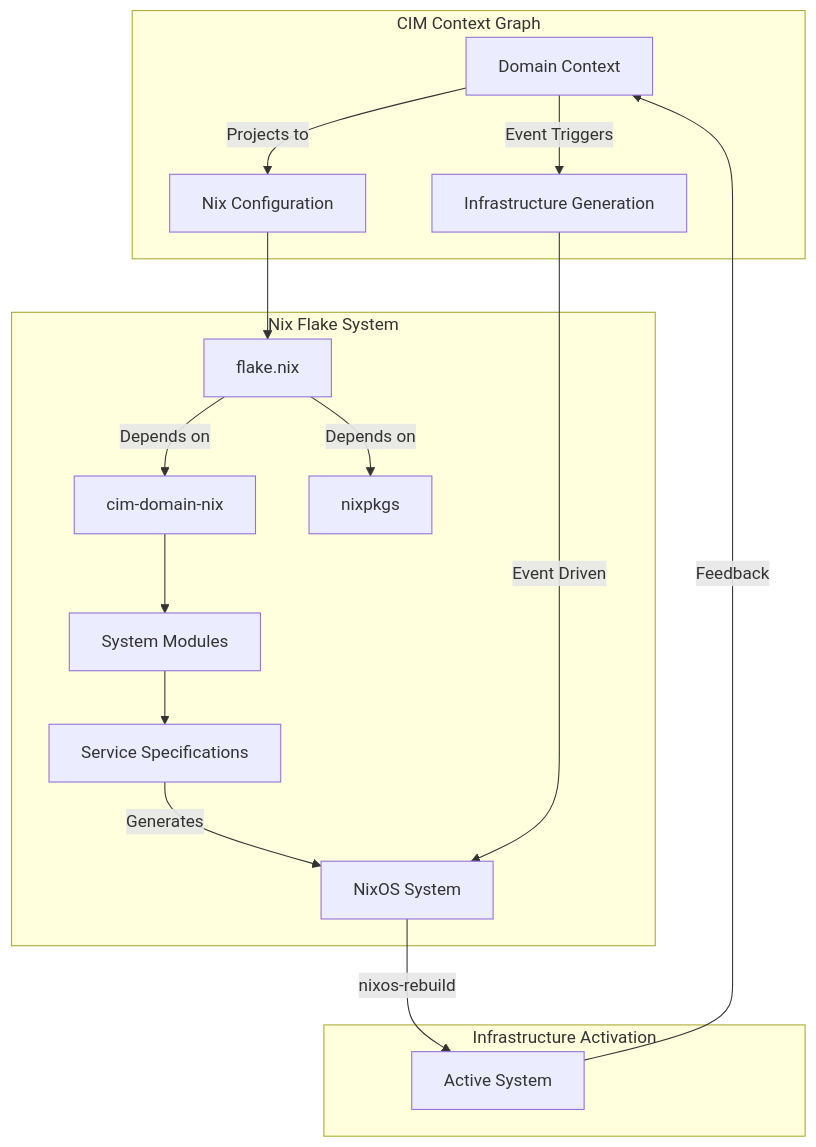
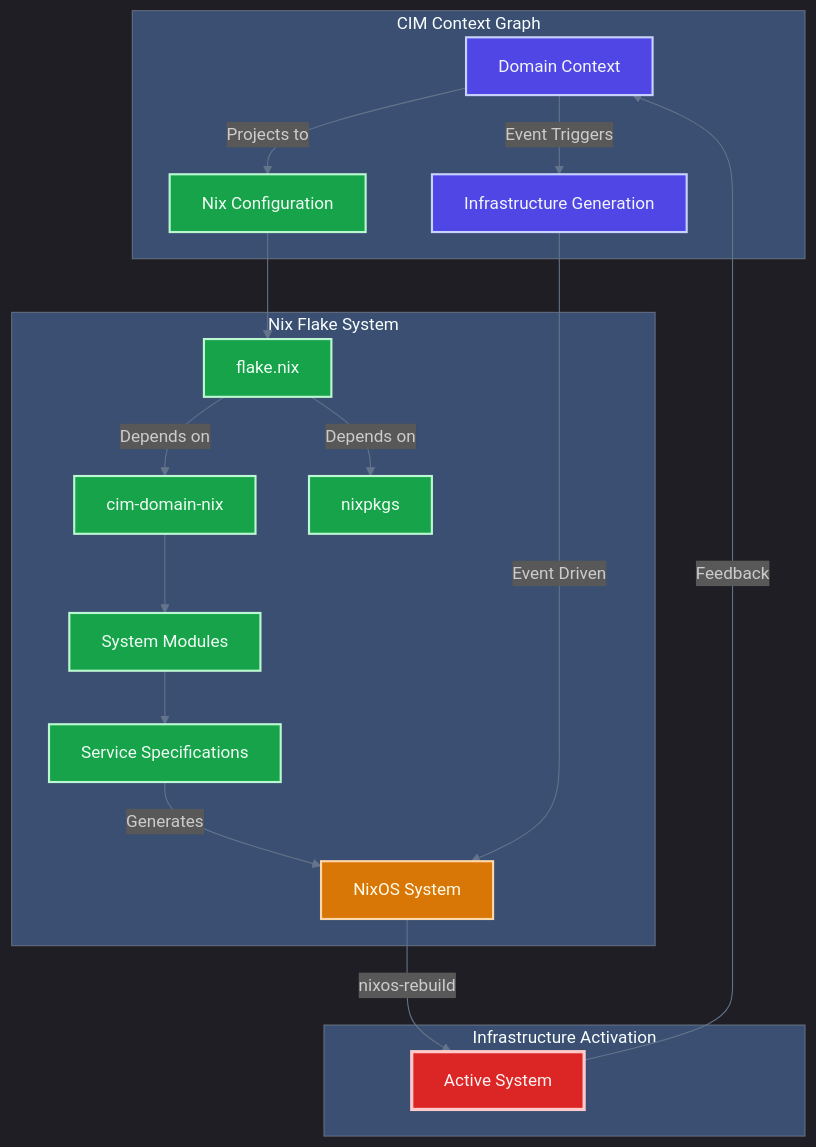
The diagram in .claude/agents/nix-expert.md (TheCowboyAI/cim-start), drawn with Mermaid before and after one commit. The commit also changed other lines of this file and 33 other files, not shown here.

````diff
--- a/.claude/agents/nix-expert.md
+++ b/.claude/agents/nix-expert.md
@@ -504,23 +508,34 @@
 ```mermaid
+%%{init: {"theme":"dark","themeVariables":{"primaryColor":"#4f46e5","primaryTextColor":"#f8fafc","primaryBorderColor":"#6366f1","lineColor":"#64748b","secondaryColor":"#1e293b","tertiaryColor":"#0f172a","background":"#0f172a","mainBkg":"#1e293b","secondBkg":"#334155","tertiaryBkg":"#475569"}}}%%
 graph TB
     subgraph "CIM Context Graph"
         CG[Domain Context] --> |Projects to| NC[Nix Configuration]
         CG --> |Event Triggers| IG[Infrastructure Generation]
     end
     
     subgraph "Nix Flake System"
         NC --> F[flake.nix]
         F --> |Depends on| CDN[cim-domain-nix]
         F --> |Depends on| NP[nixpkgs]
         
         CDN --> SM[System Modules]
         SM --> SS[Service Specifications]
         SS --> |Generates| NS[NixOS System]
     end
     
     subgraph "Infrastructure Activation"
         NS --> |nixos-rebuild| AS[Active System]
         IG --> |Event Driven| NS
         AS --> |Feedback| CG
     end
+    
+    classDef contextNode fill:#4f46e5,stroke:#c7d2fe,stroke-width:2px,color:#f1f5f9
+    classDef nixNode fill:#16a34a,stroke:#bbf7d0,stroke-width:2px,color:#f0fdf4
+    classDef systemNode fill:#d97706,stroke:#fed7aa,stroke-width:2px,color:#fffbeb
+    classDef activeNode fill:#dc2626,stroke:#fecaca,stroke-width:3px,color:#fef2f2
+    
+    class CG,IG contextNode
+    class NC,F,CDN,NP,SM,SS nixNode
+    class NS systemNode
+    class AS activeNode
 ```
````
